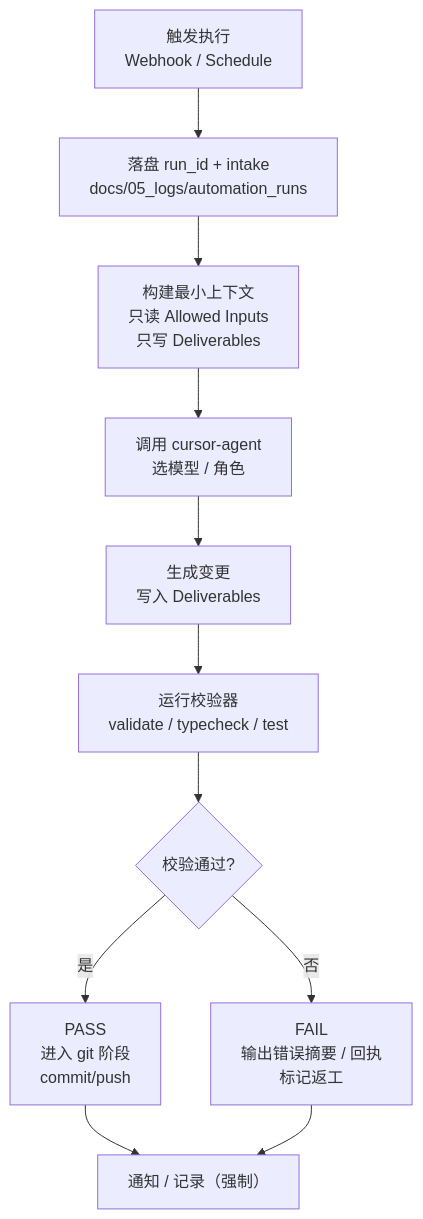
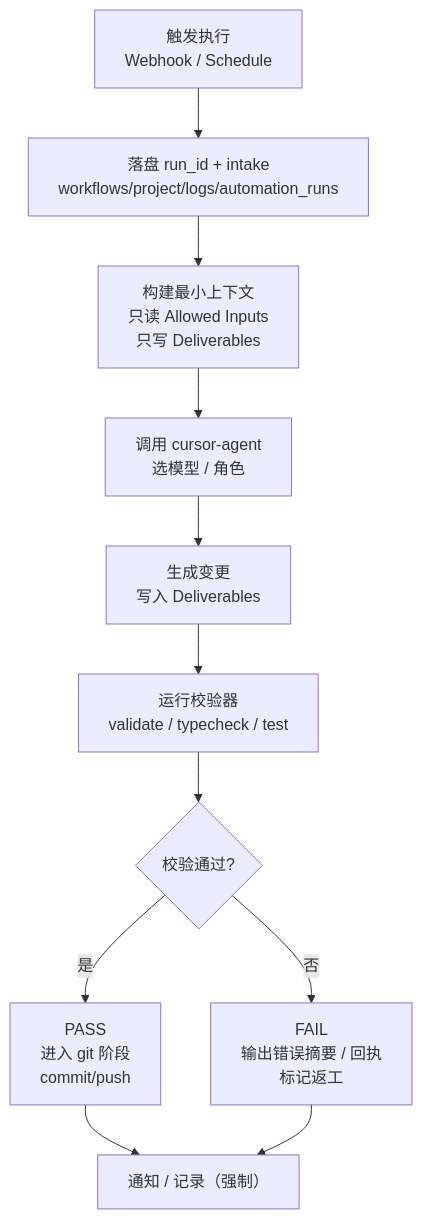
One commit to angelash/Footnote changed the second of 4 diagrams in workflows/project/pipelines/pipelines/n8n_cursor_cli_overview.md. Above: the diagram before and after it, drawn with Mermaid. The commit also changed other lines of this file and 55 other files, not shown here.

Commit message:
docs(n8n): update paths in workflows and scripts to reflect new directory structure for task packs and logs

````diff
--- a/workflows/project/pipelines/pipelines/n8n_cursor_cli_overview.md
+++ b/workflows/project/pipelines/pipelines/n8n_cursor_cli_overview.md
@@ -111,13 +111,13 @@
 ```mermaid
 flowchart TD
-  A[触发执行<br/>Webhook / Schedule] --> B[落盘 run_id + intake<br/>docs/05_logs/automation_runs]
+  A[触发执行<br/>Webhook / Schedule] --> B[落盘 run_id + intake<br/>workflows/project/logs/automation_runs]
   B --> C[构建最小上下文<br/>只读 Allowed Inputs<br/>只写 Deliverables]
   C --> D[调用 cursor-agent<br/>选模型 / 角色]
   D --> E[生成变更<br/>写入 Deliverables]
   E --> F[运行校验器<br/>validate / typecheck / test]
   F --> G{校验通过?}
   G -- 否 --> H[FAIL<br/>输出错误摘要 / 回执<br/>标记返工]
   G -- 是 --> I[PASS<br/>进入 git 阶段<br/>commit/push]
   I --> J[通知 / 记录（强制）]
   H --> J
 ```
````
